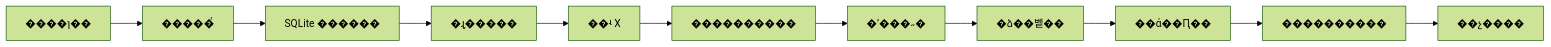
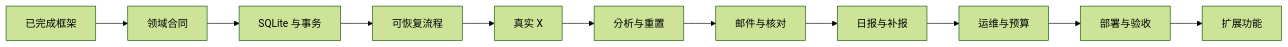
Before and after one commit to AiruoChen/X_watcher: the diagram in docs/DEVELOPMENT_PLAN.md, drawn with Mermaid (forest theme). The commit also changed other lines of this file and 6 other files, not shown here.

````diff
--- a/docs/DEVELOPMENT_PLAN.md
+++ b/docs/DEVELOPMENT_PLAN.md
@@ -29,13 +29,13 @@
 ```mermaid
 flowchart LR
-  B00[����ɿ��] --> B01[�����ͬ]
-  B01 --> B02[SQLite ������]
-  B02 --> B03[�ɻָ�����]
-  B03 --> B04[��ʵ X]
-  B04 --> B05[����������]
-  B05 --> B06[�ʼ���˶�]
-  B06 --> B07[�ձ��벹��]
-  B07 --> B08[��ά��Ԥ��]
-  B08 --> B09[����������]
-  B09 --> B10[��չ����]
+  B00[已完成框架] --> B01[领域合同]
+  B01 --> B02[SQLite 与事务]
+  B02 --> B03[可恢复流程]
+  B03 --> B04[真实 X]
+  B04 --> B05[分析与重置]
+  B05 --> B06[邮件与核对]
+  B06 --> B07[日报与补报]
+  B07 --> B08[运维与预算]
+  B08 --> B09[部署与验收]
+  B09 --> B10[扩展功能]
 ```
````
